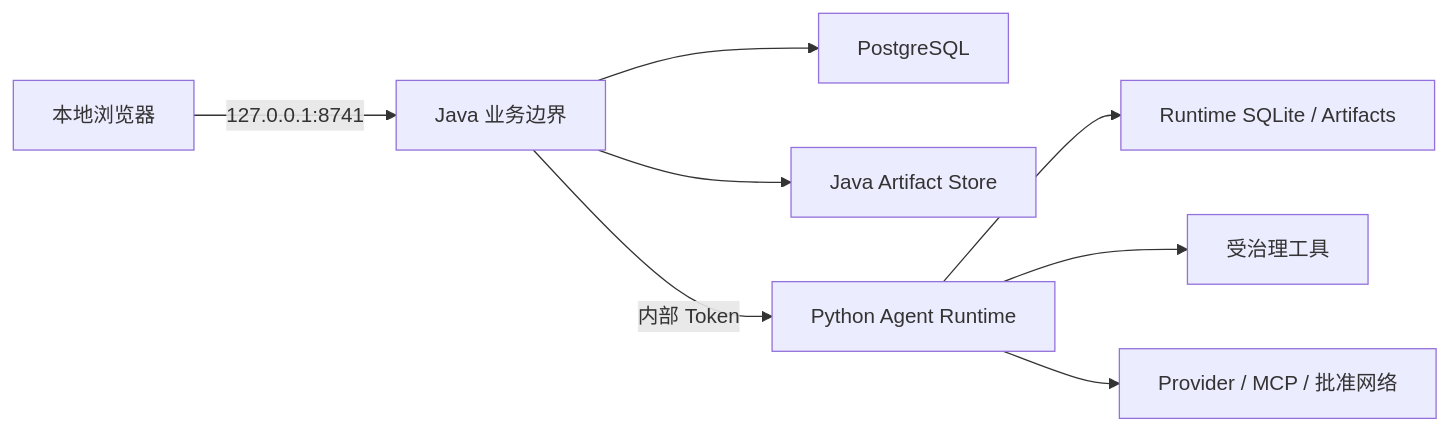
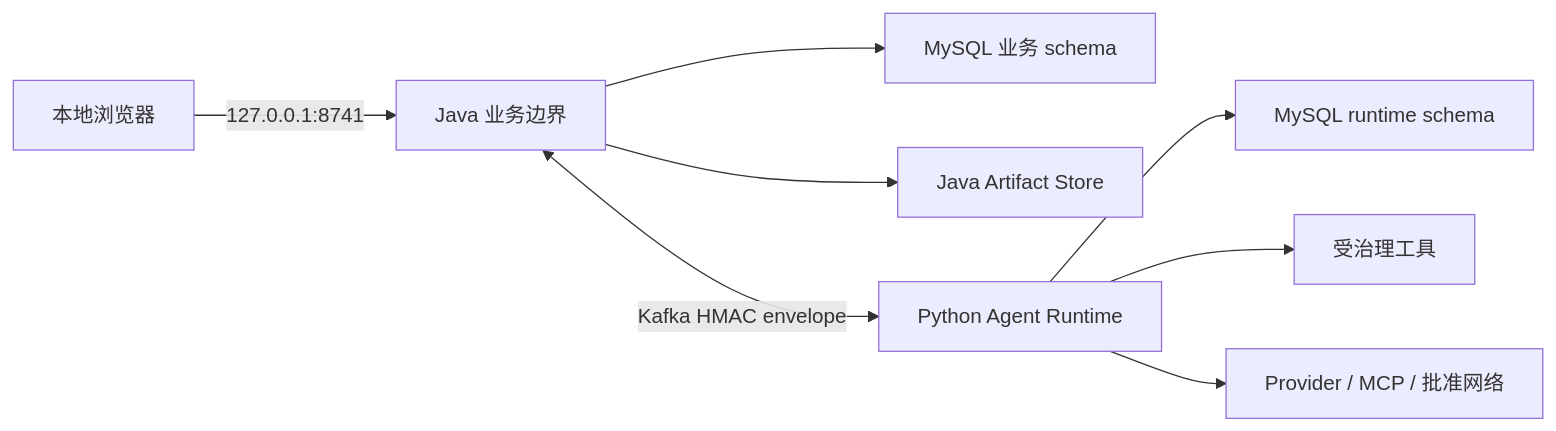
The diagram in docs/threat-model.md (zxl666ab-sketch/agentharness), drawn with Mermaid before and after one commit. The commit also changed other lines of this file and 128 other files, not shown here.

````diff
--- a/docs/threat-model.md
+++ b/docs/threat-model.md
@@ -17,10 +17,10 @@
 ```mermaid
 flowchart LR
     Browser["本地浏览器"] -->|"127.0.0.1:8741"| Java["Java 业务边界"]
-    Java --> PG["PostgreSQL"]
+    Java --> PG["MySQL 业务 schema"]
     Java --> JArt["Java Artifact Store"]
-    Java -->|"内部 Token"| Agent["Python Agent Runtime"]
-    Agent --> RDB["Runtime SQLite / Artifacts"]
+    Java <-->|"Kafka HMAC envelope"| Agent["Python Agent Runtime"]
+    Agent --> RDB["MySQL runtime schema"]
     Agent --> Tools["受治理工具"]
     Agent --> External["Provider / MCP / 批准网络"]
 ```
````
